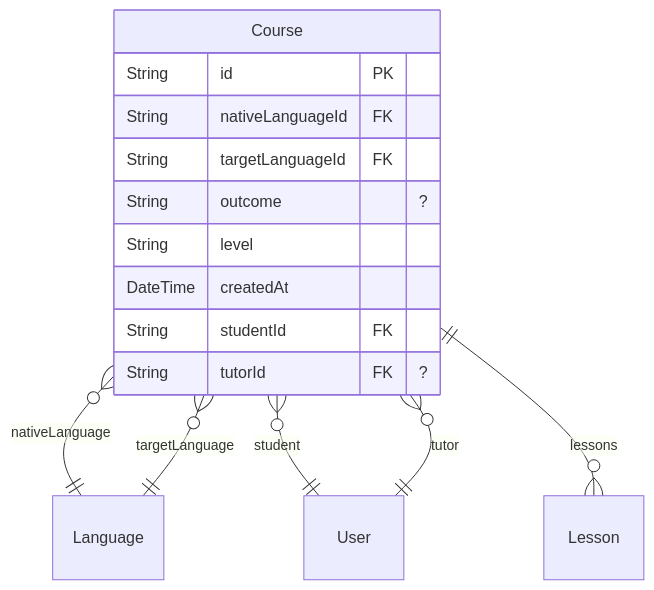
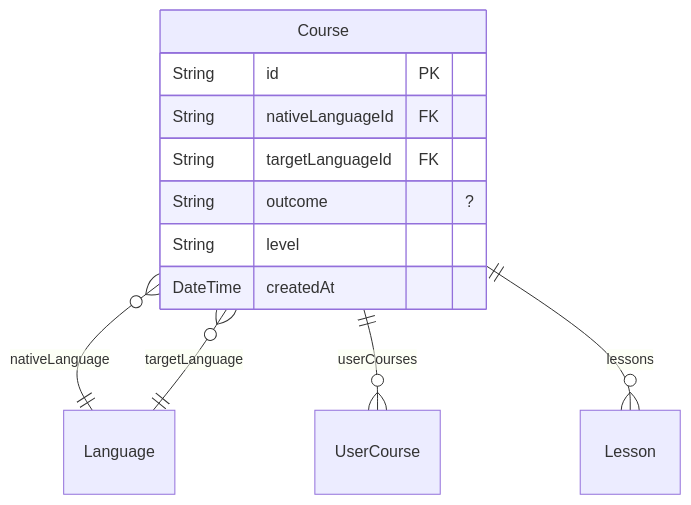
Before and after one commit to HamedMP/LangPod: the third of 5 diagrams in schema.md, drawn with Mermaid. The commit also changed other lines of this file and 22 other files, not shown here.

Commit message:
Refactor data model to introduce UserCourse and simplify course-user relationships

````diff
--- a/schema.md
+++ b/schema.md
@@ -60,20 +61,17 @@
 ```mermaid
 erDiagram
 "Course" {
-  String id PK 
-  String nativeLanguageId FK 
-  String targetLanguageId FK 
+  String id PK
+  String nativeLanguageId FK
+  String targetLanguageId FK
   String outcome  "?"
-  String level  
-  DateTime createdAt  
-  String studentId FK 
-  String tutorId FK "?"
+  String level
+  DateTime createdAt
 }
 
 "Course" }o--|| "Language": nativeLanguage
 "Course" }o--|| "Language": targetLanguage
-"Course" }o--|| "User": student
-"Course" }o--|| "User": tutor
+"Course" ||--o{ "UserCourse": userCourses
 "Course" ||--o{ "Lesson": lessons
 
 ```
````
